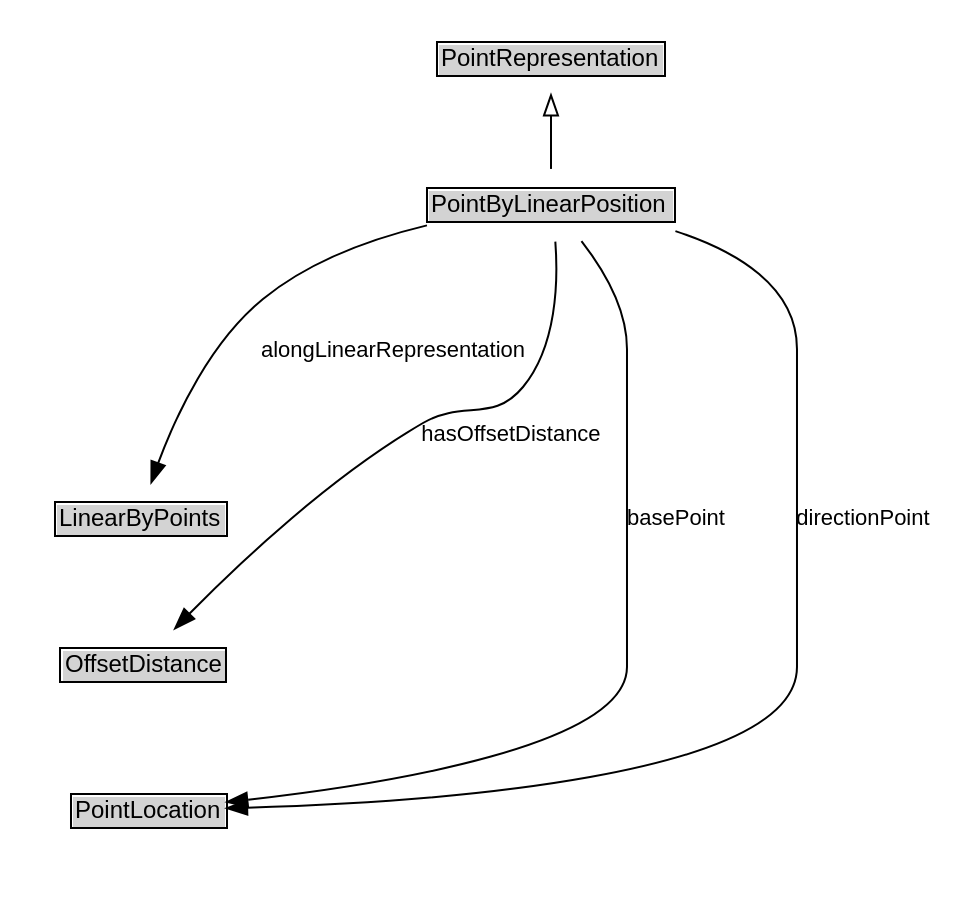
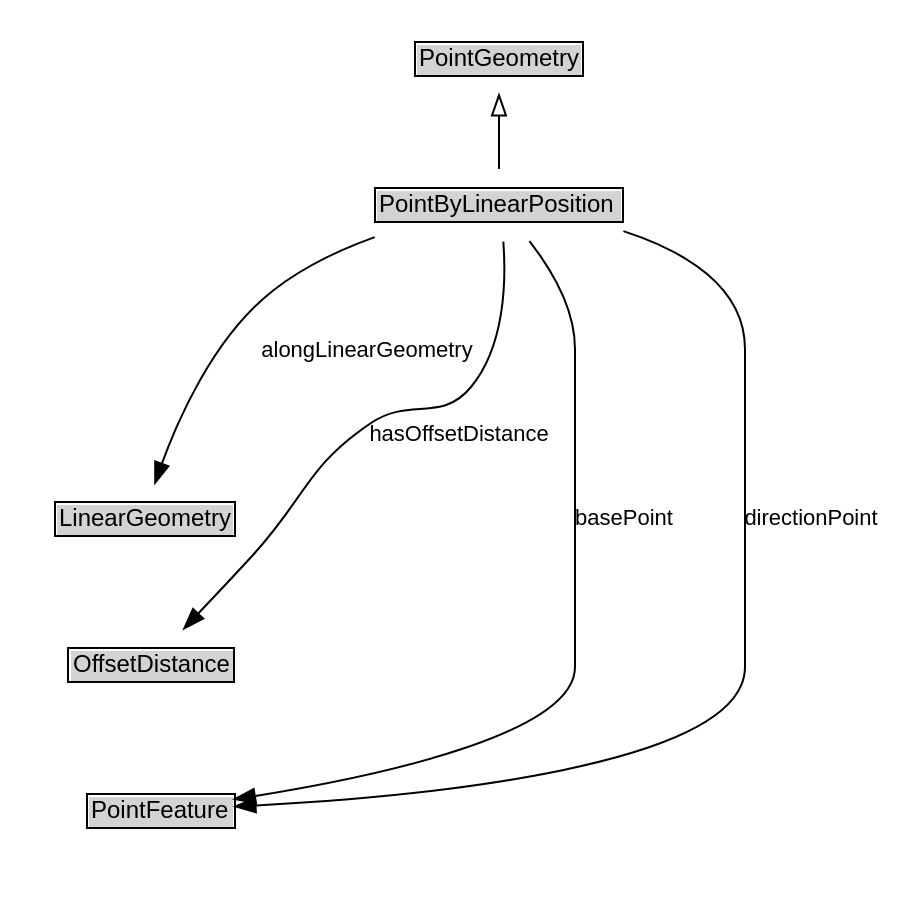
Before and after one commit to ISO-TC204/ontology-its-location-v1: the diagram in docs/diagrams/PointByLinearPosition.dot, drawn with Graphviz. The commit also changed 400 other files, not shown here.

```diff
--- a/docs/diagrams/PointByLinearPosition.dot
+++ b/docs/diagrams/PointByLinearPosition.dot
@@ -1,33 +1,33 @@
 // Diagram for PointByLinearPosition
 digraph {
 	graph [overlap=false rankdir=TB splines=true]
 	node [fontname=Arial fontsize=12 margin=0 shape=none]
 	edge [fontname=Arial fontsize=11]
 	{
 		rank=source
-		PointRepresentation [label=<<TABLE BORDER="1" CELLBORDER="0" CELLSPACING="0" CELLPADDING="1"><TR><TD BGCOLOR="lightgray" ALIGN="CENTER">PointRepresentation</TD></TR></TABLE>> URL="../PointRepresentation" margin=0]
+		PointGeometry [label=<<TABLE BORDER="1" CELLBORDER="0" CELLSPACING="0" CELLPADDING="1"><TR><TD BGCOLOR="lightgray" ALIGN="CENTER">PointGeometry</TD></TR></TABLE>> URL="../PointGeometry" margin=0]
 	}
 	PointByLinearPosition [label=<<TABLE BORDER="1" CELLBORDER="0" CELLSPACING="0" CELLPADDING="1"><TR><TD BGCOLOR="lightgray" ALIGN="CENTER">PointByLinearPosition</TD></TR></TABLE>> URL="../PointByLinearPosition" margin=0]
 	{
 		rank=max
 	}
 	subgraph cluster_associated {
 		label="" style=invis
 		Invis [label=<<TABLE BORDER="0" CELLBORDER="0" CELLSPACING="0" CELLPADDING="1"><TR><TD></TD></TR></TABLE>> margin=0 style=invis]
-		LinearByPoints [label=<<TABLE BORDER="1" CELLBORDER="0" CELLSPACING="0" CELLPADDING="1"><TR><TD BGCOLOR="lightgray" ALIGN="CENTER">LinearByPoints</TD></TR></TABLE>> URL="../LinearByPoints" margin=0]
+		LinearGeometry [label=<<TABLE BORDER="1" CELLBORDER="0" CELLSPACING="0" CELLPADDING="1"><TR><TD BGCOLOR="lightgray" ALIGN="CENTER">LinearGeometry</TD></TR></TABLE>> URL="../LinearGeometry" margin=0]
 		OffsetDistance [label=<<TABLE BORDER="1" CELLBORDER="0" CELLSPACING="0" CELLPADDING="1"><TR><TD BGCOLOR="lightgray" ALIGN="CENTER">OffsetDistance</TD></TR></TABLE>> URL="../OffsetDistance" margin=0]
-		PointLocation [label=<<TABLE BORDER="1" CELLBORDER="0" CELLSPACING="0" CELLPADDING="1"><TR><TD BGCOLOR="lightgray" ALIGN="CENTER">PointLocation</TD></TR></TABLE>> URL="../PointLocation" margin=0]
+		PointFeature [label=<<TABLE BORDER="1" CELLBORDER="0" CELLSPACING="0" CELLPADDING="1"><TR><TD BGCOLOR="lightgray" ALIGN="CENTER">PointFeature</TD></TR></TABLE>> URL="../PointFeature" margin=0]
 	}
-	PointByLinearPosition -> PointRepresentation [arrowhead=onormal style=solid]
+	PointByLinearPosition -> PointGeometry [arrowhead=onormal style=solid]
 	PointByLinearPosition -> Invis [style=invis]
-	Invis -> LinearByPoints [style=invis]
-	LinearByPoints -> OffsetDistance [style=invis]
-	OffsetDistance -> PointLocation [style=invis]
-	LinearByPoints [label=<<TABLE BORDER="1" CELLBORDER="0" CELLSPACING="0" CELLPADDING="1"><TR><TD BGCOLOR="lightgray" ALIGN="CENTER">LinearByPoints</TD></TR></TABLE>> URL="../LinearByPoints" margin=0]
-	PointByLinearPosition -> LinearByPoints [label=alongLinearRepresentation arrowhead=normal style=solid]
+	Invis -> LinearGeometry [style=invis]
+	LinearGeometry -> OffsetDistance [style=invis]
+	OffsetDistance -> PointFeature [style=invis]
+	LinearGeometry [label=<<TABLE BORDER="1" CELLBORDER="0" CELLSPACING="0" CELLPADDING="1"><TR><TD BGCOLOR="lightgray" ALIGN="CENTER">LinearGeometry</TD></TR></TABLE>> URL="../LinearGeometry" margin=0]
+	PointByLinearPosition -> LinearGeometry [label=alongLinearGeometry arrowhead=normal style=solid]
 	OffsetDistance [label=<<TABLE BORDER="1" CELLBORDER="0" CELLSPACING="0" CELLPADDING="1"><TR><TD BGCOLOR="lightgray" ALIGN="CENTER">OffsetDistance</TD></TR></TABLE>> URL="../OffsetDistance" margin=0]
 	PointByLinearPosition -> OffsetDistance [label=hasOffsetDistance arrowhead=normal style=solid]
-	PointLocation [label=<<TABLE BORDER="1" CELLBORDER="0" CELLSPACING="0" CELLPADDING="1"><TR><TD BGCOLOR="lightgray" ALIGN="CENTER">PointLocation</TD></TR></TABLE>> URL="../PointLocation" margin=0]
-	PointByLinearPosition -> PointLocation [label=basePoint arrowhead=normal style=solid]
-	PointByLinearPosition -> PointLocation [label=directionPoint arrowhead=normal style=solid]
+	PointFeature [label=<<TABLE BORDER="1" CELLBORDER="0" CELLSPACING="0" CELLPADDING="1"><TR><TD BGCOLOR="lightgray" ALIGN="CENTER">PointFeature</TD></TR></TABLE>> URL="../PointFeature" margin=0]
+	PointByLinearPosition -> PointFeature [label=basePoint arrowhead=normal style=solid]
+	PointByLinearPosition -> PointFeature [label=directionPoint arrowhead=normal style=solid]
 }
```
